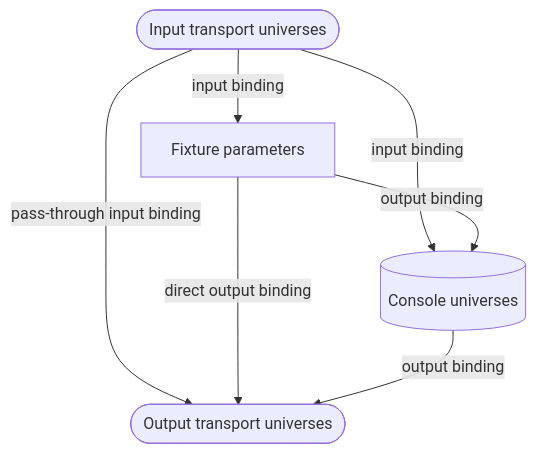
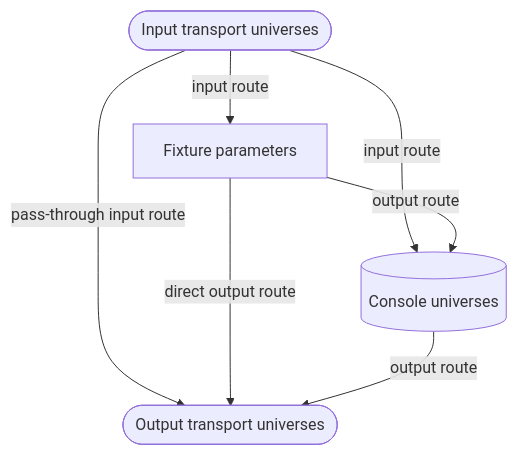
Before and after one commit to stewartadam/nightfall-lightdesk: the third of 6 diagrams in docs/internal/src/domains/fixtures-and-output.md, drawn with Mermaid. The commit also changed other lines of this file and 9 other files, not shown here.

````diff
--- a/docs/internal/src/domains/fixtures-and-output.md
+++ b/docs/internal/src/domains/fixtures-and-output.md
@@ -171,11 +171,11 @@
 ```mermaid
 flowchart TB
-  accTitle: Patch binding routes
-  accDescr: Output bindings route fixtures to console universes or straight to output transports, and console universes to output transports. Input bindings route input transports to fixtures, console universes, or straight to output transports for pass-through.
-  inputs([Input transport universes]) -- input binding --> fixtures[Fixture parameters]
-  inputs -- input binding --> console[(Console universes)]
-  inputs -- pass-through input binding --> outputs([Output transport universes])
-  fixtures -- output binding --> console
-  fixtures -- direct output binding --> outputs
-  console -- output binding --> outputs
+  accTitle: DMX route paths
+  accDescr: Output routes send fixtures to console universes or straight to output transports, and console universes to output transports. Input routes send input transports to fixtures, console universes, or straight to output transports for pass-through.
+  inputs([Input transport universes]) -- input route --> fixtures[Fixture parameters]
+  inputs -- input route --> console[(Console universes)]
+  inputs -- pass-through input route --> outputs([Output transport universes])
+  fixtures -- output route --> console
+  fixtures -- direct output route --> outputs
+  console -- output route --> outputs
 ```
````
